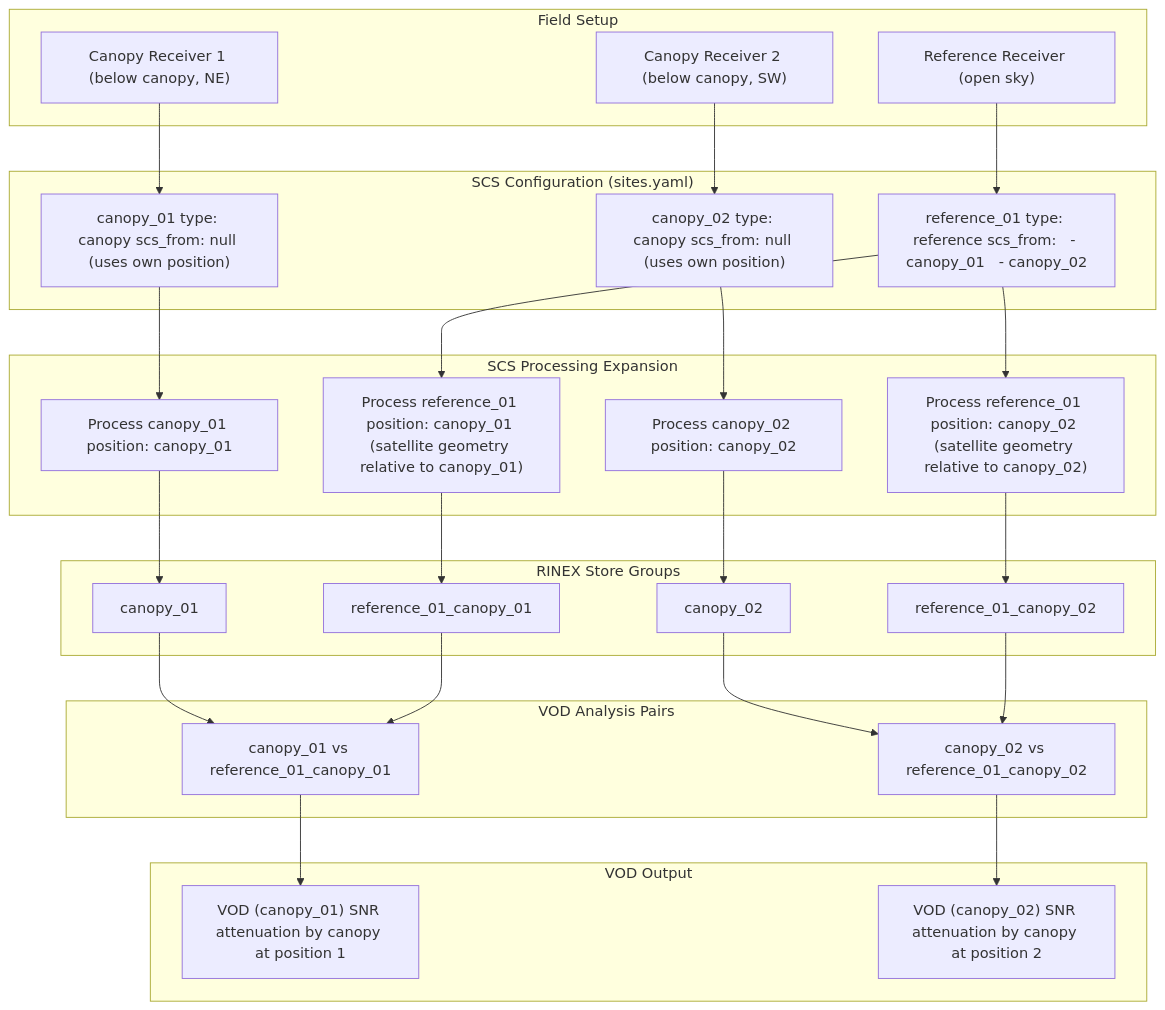
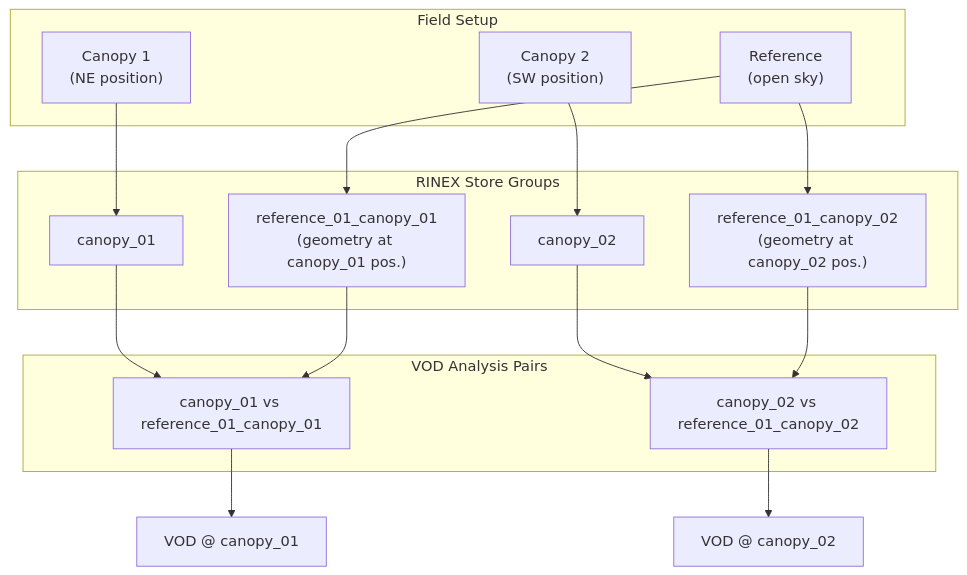
The diagram in docs/packages/vod/overview.md (mfkiwl/canvodpy), drawn with Mermaid before and after one commit. The commit also changed other lines of this file and 38 other files, not shown here.

````diff
--- a/docs/packages/vod/overview.md
+++ b/docs/packages/vod/overview.md
@@ -20,60 +92,31 @@
 ```mermaid
 flowchart TD
     subgraph FIELD["Field Setup"]
-        C1["Canopy Receiver 1 (below canopy, NE)"]
-        C2["Canopy Receiver 2 (below canopy, SW)"]
-        R1["Reference Receiver (open sky)"]
+        C1["Canopy 1\n(NE position)"]
+        C2["Canopy 2\n(SW position)"]
+        R1["Reference\n(open sky)"]
     end
 
-    subgraph SCS_CONFIG["SCS Configuration (sites.yaml)"]
-        C1_CFG["canopy_01 type: canopy scs_from: null (uses own position)"]
-        C2_CFG["canopy_02 type: canopy scs_from: null (uses own position)"]
-        R1_CFG["reference_01 type: reference scs_from:   - canopy_01   - canopy_02"]
+    subgraph STORE["RINEX Store Groups"]
+        SG1["canopy_01"]
+        SG2["canopy_02"]
+        SG3["reference_01_canopy_01\n(geometry at canopy_01 pos.)"]
+        SG4["reference_01_canopy_02\n(geometry at canopy_02 pos.)"]
     end
 
-    subgraph EXPANSION["SCS Processing Expansion"]
-        C1_PROC["Process canopy_01 position: canopy_01"]
-        C2_PROC["Process canopy_02 position: canopy_02"]
-        R1_C1["Process reference_01 position: canopy_01 (satellite geometry relative to canopy_01)"]
-        R1_C2["Process reference_01 position: canopy_02 (satellite geometry relative to canopy_02)"]
-    end
-
-    subgraph STORE_GROUPS["RINEX Store Groups"]
-        SG1["canopy_01"]
-        SG2["canopy_02"]
-        SG3["reference_01_canopy_01"]
-        SG4["reference_01_canopy_02"]
-    end
-
-    subgraph VOD_PAIRS["VOD Analysis Pairs"]
+    subgraph VOD["VOD Analysis Pairs"]
         VP1["canopy_01 vs reference_01_canopy_01"]
         VP2["canopy_02 vs reference_01_canopy_02"]
     end
 
-    subgraph VOD_OUT["VOD Output"]
-        V1["VOD (canopy_01) SNR attenuation by canopy at position 1"]
-        V2["VOD (canopy_02) SNR attenuation by canopy at position 2"]
-    end
-
-    C1 --> C1_CFG
-    C2 --> C2_CFG
-    R1 --> R1_CFG
-
-    C1_CFG --> C1_PROC
-    C2_CFG --> C2_PROC
-    R1_CFG --> R1_C1
-    R1_CFG --> R1_C2
-
-    C1_PROC --> SG1
-    C2_PROC --> SG2
-    R1_C1 --> SG3
-    R1_C2 --> SG4
-
+    C1 --> SG1
+    C2 --> SG2
+    R1 --> SG3
+    R1 --> SG4
     SG1 --> VP1
     SG3 --> VP1
     SG2 --> VP2
     SG4 --> VP2
-
-    VP1 --> V1
-    VP2 --> V2
+    VP1 --> V1["VOD @ canopy_01"]
+    VP2 --> V2["VOD @ canopy_02"]
 ```
````
